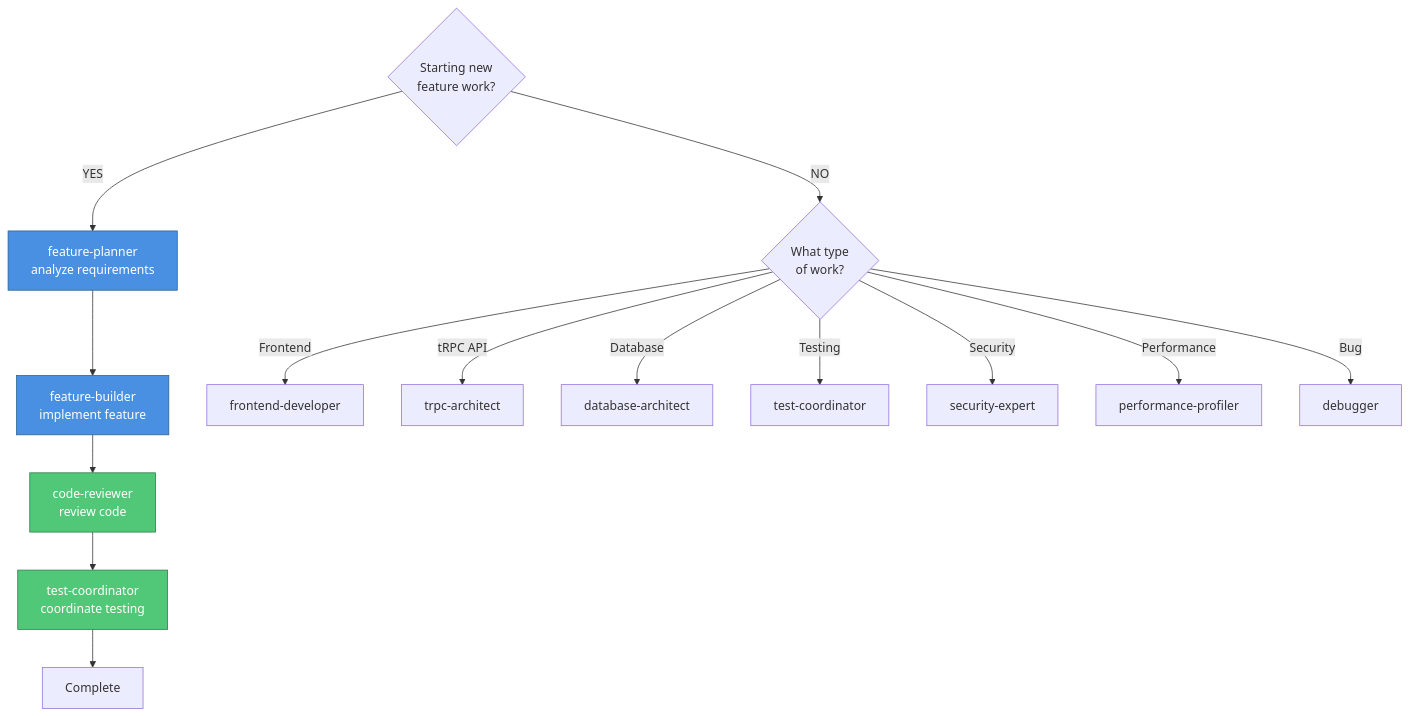
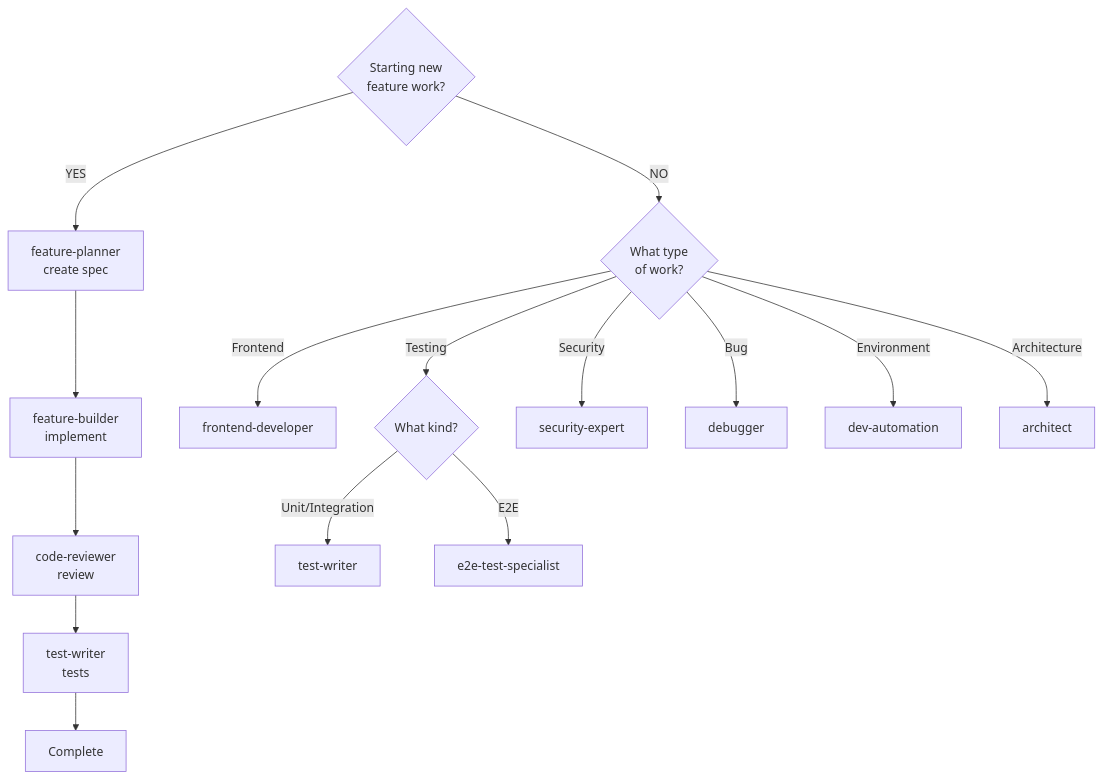
The first of 2 diagrams in AGENT_LIST.md (rayzru/info-web), drawn with Mermaid before and after one commit. The commit also changed other lines of this file and 163 other files, not shown here.

````diff
--- a/AGENT_LIST.md
+++ b/AGENT_LIST.md
@@ -350,23 +96,20 @@
 ```mermaid
 graph TD
     Start{Starting new<br/>feature work?}
-    Start -->|YES| FP[feature-planner<br/>analyze requirements]
-    FP --> FB[feature-builder<br/>implement feature]
-    FB --> CR[code-reviewer<br/>review code]
-    CR --> TC[test-coordinator<br/>coordinate testing]
-    TC --> Done[Complete]
+    Start -->|YES| FP[feature-planner<br/>create spec]
+    FP --> FB[feature-builder<br/>implement]
+    FB --> CR[code-reviewer<br/>review]
+    CR --> TW[test-writer<br/>tests]
+    TW --> Done[Complete]
 
     Start -->|NO| Type{What type<br/>of work?}
     Type -->|Frontend| FD[frontend-developer]
-    Type -->|tRPC API| TA[trpc-architect]
-    Type -->|Database| DA[database-architect]
-    Type -->|Testing| TCo[test-coordinator]
+    Type -->|Testing| Test{What kind?}
     Type -->|Security| SE[security-expert]
-    Type -->|Performance| PP[performance-profiler]
     Type -->|Bug| DB[debugger]
+    Type -->|Environment| DEV[dev-automation]
+    Type -->|Architecture| AR[architect]
 
-    style FP fill:#4a90e2,stroke:#2d5f8f,color:#fff
-    style FB fill:#4a90e2,stroke:#2d5f8f,color:#fff
-    style CR fill:#50c878,stroke:#2d7a4a,color:#fff
-    style TC fill:#50c878,stroke:#2d7a4a,color:#fff
+    Test -->|Unit/Integration| TW2[test-writer]
+    Test -->|E2E| E2E[e2e-test-specialist]
 ```
````
